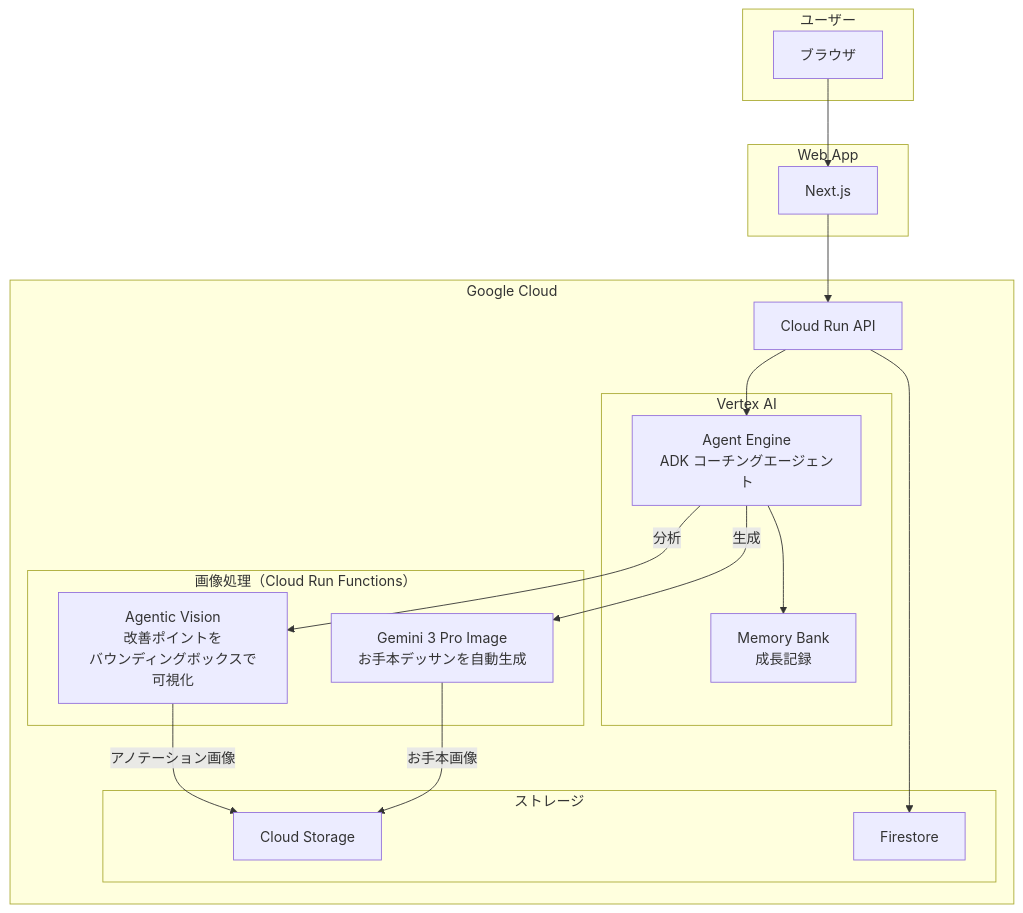
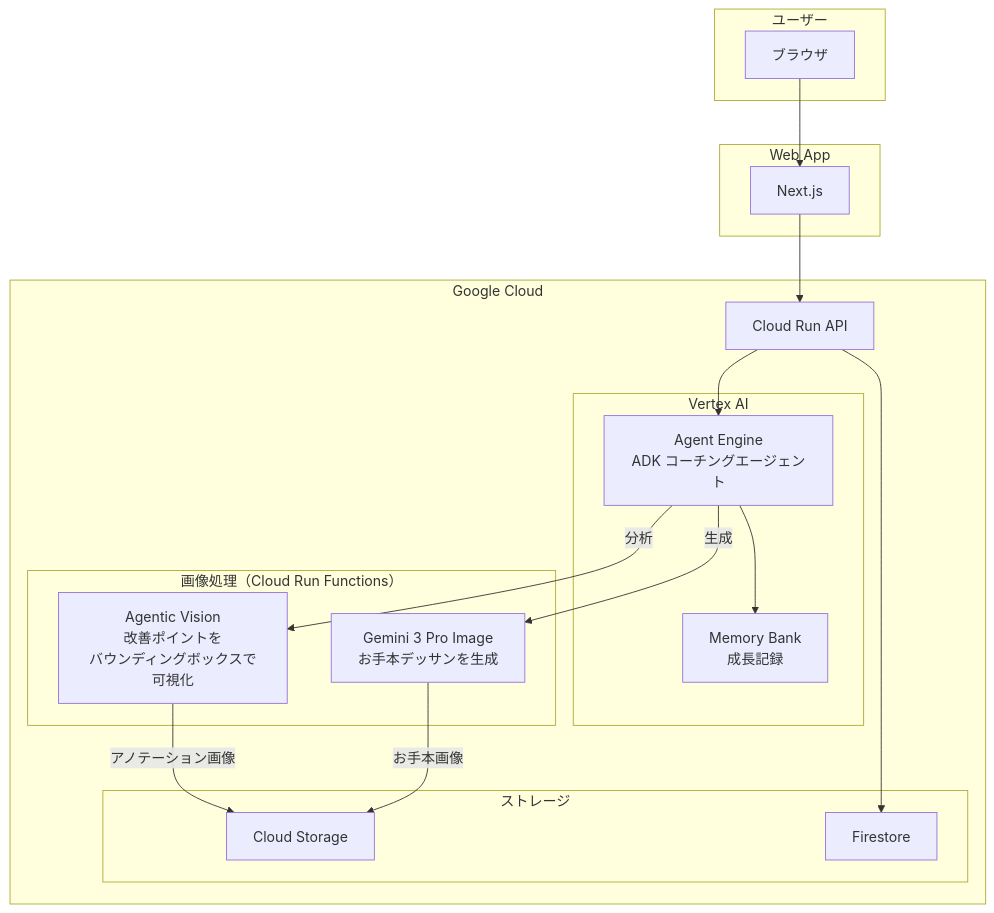
The first of 2 diagrams in zenn.md (nuance-sudo/drawing-practice-agent-gch4), drawn with Mermaid before and after one commit. The commit also changed other lines of this file and 5 other files, not shown here.

````diff
--- a/zenn.md
+++ b/zenn.md
@@ -97,39 +83,39 @@
 ```mermaid
 flowchart TB
     subgraph User["ユーザー"]
         A[ブラウザ]
     end
 
     subgraph Web["Web App"]
         B[Next.js]
     end
 
     subgraph GCP["Google Cloud"]
         C[Cloud Run API]
         
         subgraph AI["Vertex AI"]
             E[Agent Engine<br/>ADK コーチングエージェント]
             F[Memory Bank<br/>成長記録]
         end
         
         subgraph ImageGen["画像処理（Cloud Run Functions）"]
             D1[Agentic Vision<br/>改善ポイントを<br/>バウンディングボックスで可視化]
-            D2[Gemini 3 Pro Image<br/>お手本デッサンを自動生成]
+            D2[Gemini 3 Pro Image<br/>お手本デッサンを生成]
         end
         
         subgraph Storage["ストレージ"]
             H[Cloud Storage]
             I[Firestore]
         end
     end
 
     A --> B
     B --> C
     C --> E
     E --> F
     E -->|分析| D1
     D1 -->|アノテーション画像| H
     E -->|生成| D2
     D2 -->|お手本画像| H
     C --> I
 ```
````
